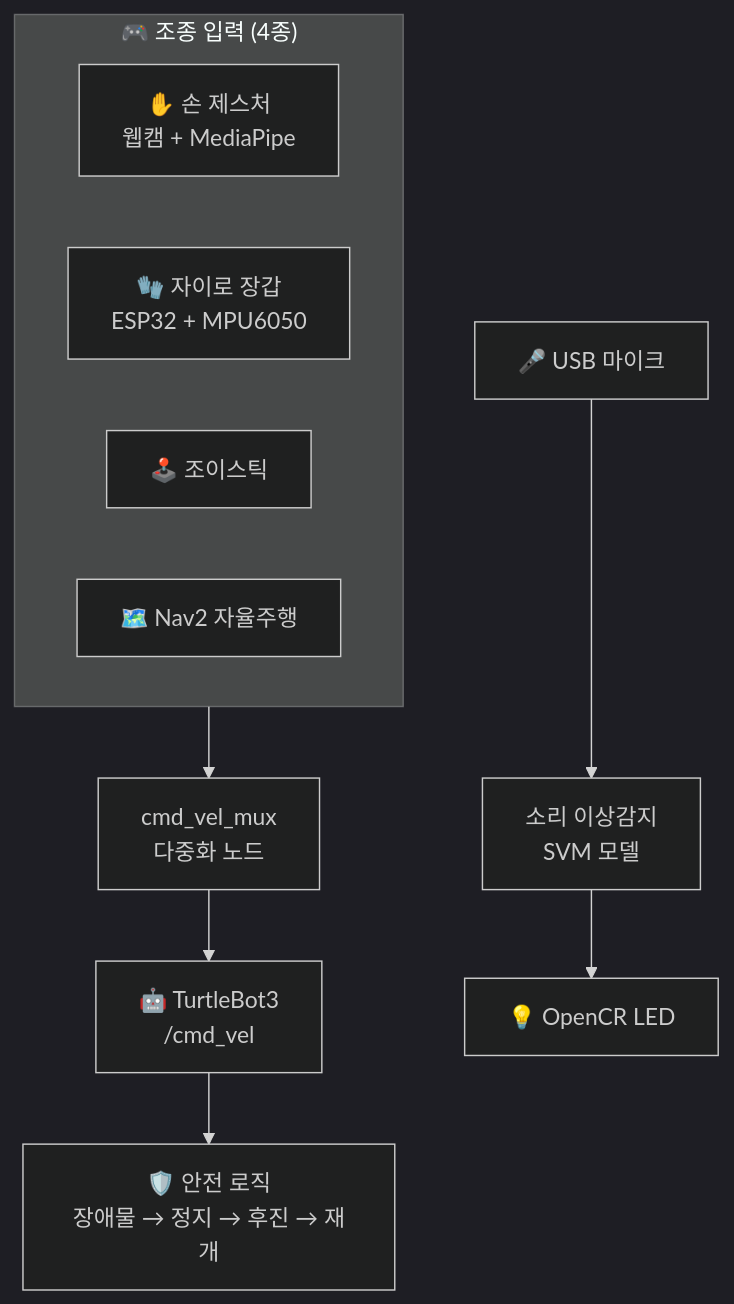
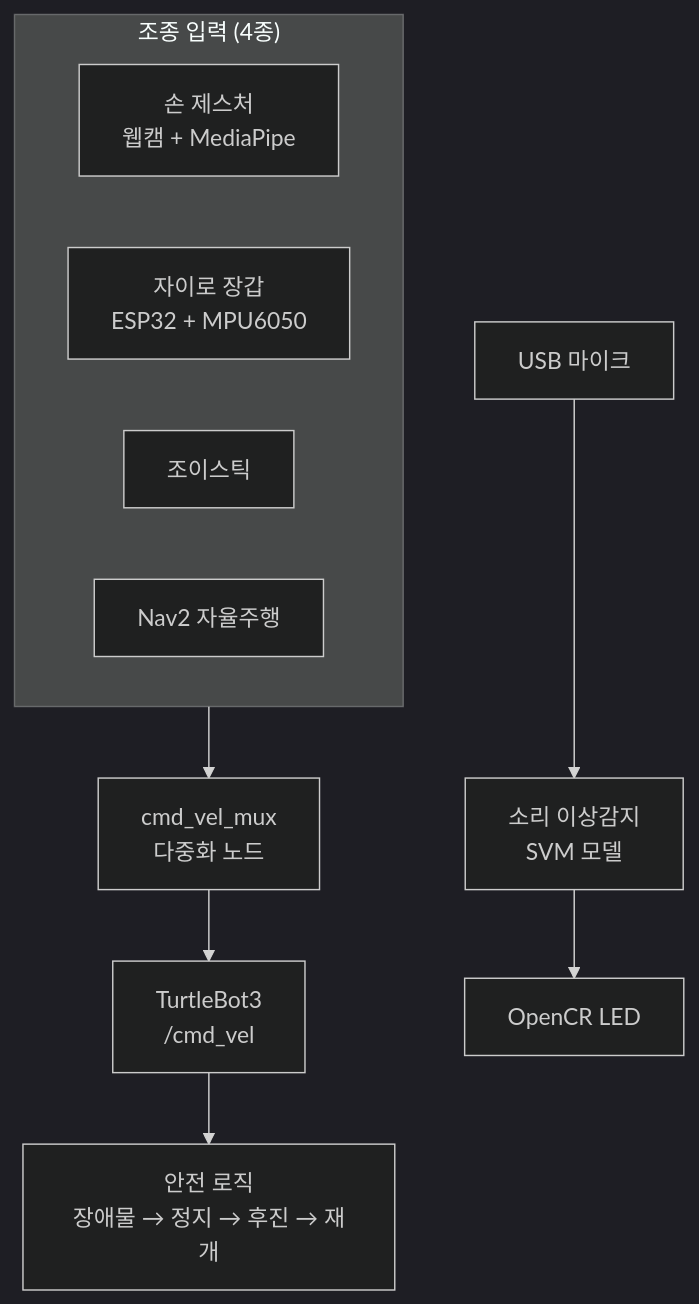
The diagram in 2026/02. SW파일럿 - TurtleBot3 자율주행 로봇/README.md (kakabab12/My_portfolio), drawn with Mermaid (dark theme) before and after one commit. The commit also changed other lines of this file and 13 other files, not shown here.

````diff
--- a/2026/02. SW파일럿 - TurtleBot3 자율주행 로봇/README.md
+++ b/2026/02. SW파일럿 - TurtleBot3 자율주행 로봇/README.md
@@ -20,14 +20,14 @@
 ```mermaid
 flowchart TD
-    subgraph IN["🎮 조종 입력 (4종)"]
-        G1["✋ 손 제스처<br/>웹캠 + MediaPipe"]
-        G2["🧤 자이로 장갑<br/>ESP32 + MPU6050"]
-        G3["🕹️ 조이스틱"]
-        G4["🗺️ Nav2 자율주행"]
+    subgraph IN["조종 입력 (4종)"]
+        G1["손 제스처<br/>웹캠 + MediaPipe"]
+        G2["자이로 장갑<br/>ESP32 + MPU6050"]
+        G3["조이스틱"]
+        G4["Nav2 자율주행"]
     end
     IN --> MUX["cmd_vel_mux<br/>다중화 노드"]
-    MUX --> BOT["🤖 TurtleBot3<br/>/cmd_vel"]
-    MIC["🎤 USB 마이크"] --> SVM["소리 이상감지<br/>SVM 모델"]
-    SVM --> LED["💡 OpenCR LED"]
-    BOT --> SAFE["🛡️ 안전 로직<br/>장애물 → 정지 → 후진 → 재개"]
+    MUX --> BOT["TurtleBot3<br/>/cmd_vel"]
+    MIC["USB 마이크"] --> SVM["소리 이상감지<br/>SVM 모델"]
+    SVM --> LED["OpenCR LED"]
+    BOT --> SAFE["안전 로직<br/>장애물 → 정지 → 후진 → 재개"]
 ```
````
